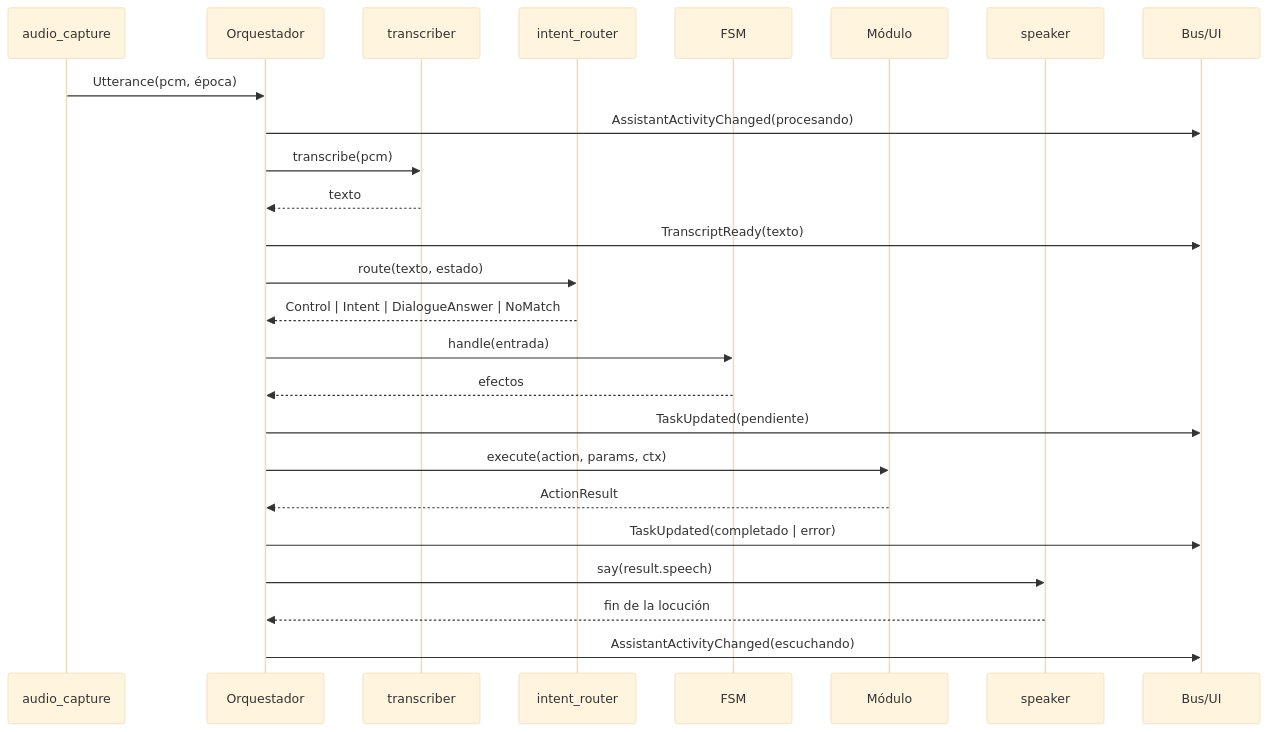
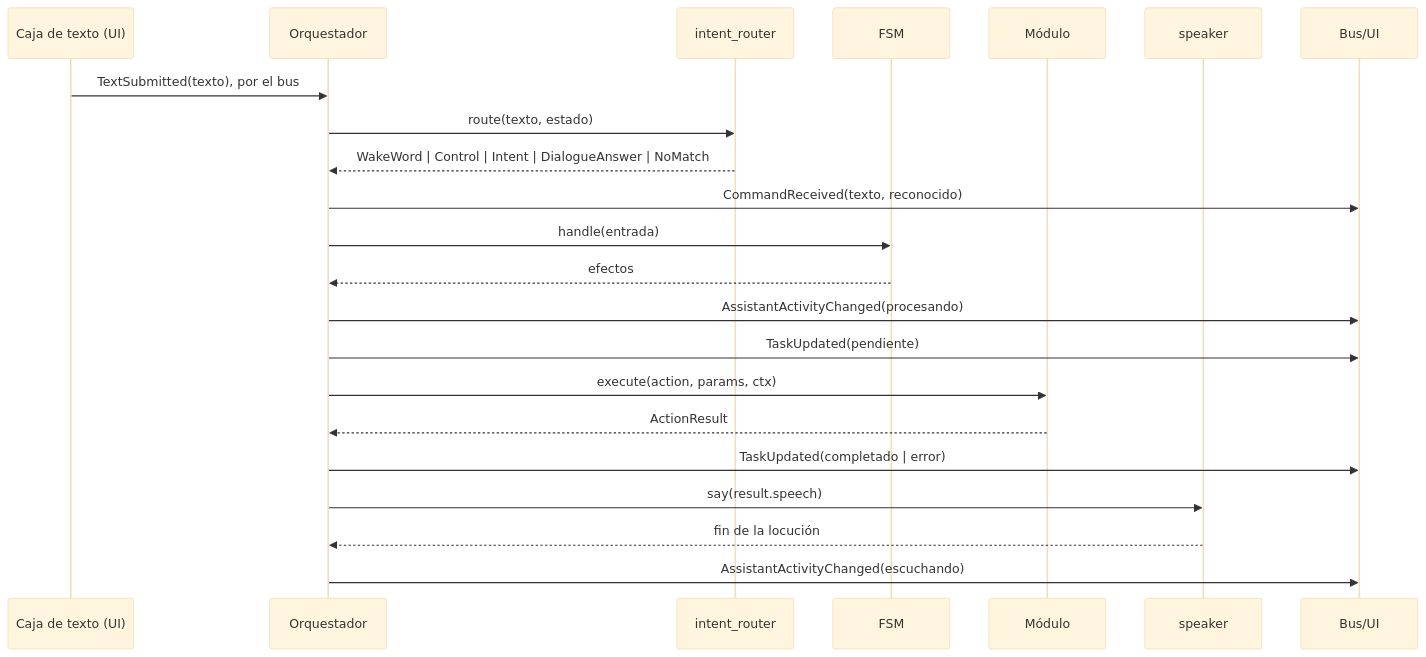
One commit to Tupanditta/Jarvis changed the second of 2 diagrams in software/arquitectura.md. Above: the diagram before and after it, drawn with Mermaid (base theme). The commit also changed other lines of this file and 154 other files, not shown here.

````diff
--- a/software/arquitectura.md
+++ b/software/arquitectura.md
@@ -79,27 +72,24 @@
 ```mermaid
 sequenceDiagram
-    participant A as audio_capture
+    participant A as Caja de texto (UI)
     participant O as Orquestador
-    participant T as transcriber
     participant R as intent_router
     participant F as FSM
     participant M as Módulo
     participant S as speaker
     participant B as Bus/UI
-    A->>O: Utterance(pcm, época)
-    O->>B: AssistantActivityChanged(procesando)
-    O->>T: transcribe(pcm)
-    T-->>O: texto
-    O->>B: TranscriptReady(texto)
+    A->>O: TextSubmitted(texto), por el bus
     O->>R: route(texto, estado)
-    R-->>O: Control | Intent | DialogueAnswer | NoMatch
+    R-->>O: WakeWord | Control | Intent | DialogueAnswer | NoMatch
+    O->>B: CommandReceived(texto, reconocido)
     O->>F: handle(entrada)
     F-->>O: efectos
+    O->>B: AssistantActivityChanged(procesando)
     O->>B: TaskUpdated(pendiente)
     O->>M: execute(action, params, ctx)
     M-->>O: ActionResult
     O->>B: TaskUpdated(completado | error)
     O->>S: say(result.speech)
     S-->>O: fin de la locución
     O->>B: AssistantActivityChanged(escuchando)
 ```
````
